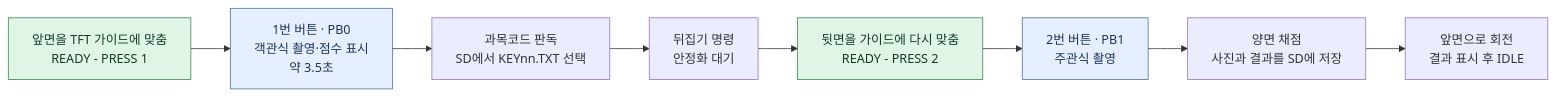
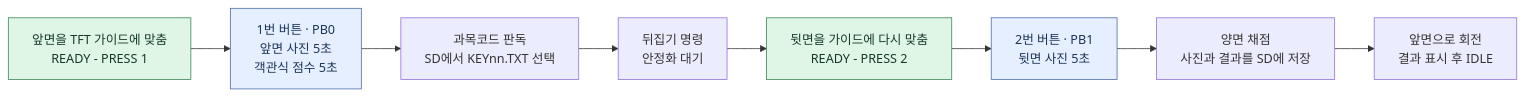
Before and after one commit to yumyum1215/26SoC_Term_Project_OMR_Reader: the diagram in README.md, drawn with Mermaid. The commit also changed 3 other files, not shown here.

````diff
--- a/README.md
+++ b/README.md
@@ -7,16 +7,16 @@
 ```mermaid
 flowchart LR
     A["앞면을 TFT 가이드에 맞춤<br/>READY - PRESS 1"]
-    B["1번 버튼 · PB0<br/>객관식 촬영·점수 표시<br/>약 3.5초"]
+    B["1번 버튼 · PB0<br/>앞면 사진 5초<br/>객관식 점수 5초"]
     K["과목코드 판독<br/>SD에서 KEYnn.TXT 선택"]
     C["뒤집기 명령<br/>안정화 대기"]
     D["뒷면을 가이드에 다시 맞춤<br/>READY - PRESS 2"]
-    E["2번 버튼 · PB1<br/>주관식 촬영"]
+    E["2번 버튼 · PB1<br/>뒷면 사진 5초"]
     F["양면 채점<br/>사진과 결과를 SD에 저장"]
     G["앞면으로 회전<br/>결과 표시 후 IDLE"]
     A --> B --> K --> C --> D --> E --> F --> G
     classDef ready fill:#dff6e7,stroke:#3b8557,color:#163926
     classDef capture fill:#e6efff,stroke:#4b6fa8,color:#1c3458
     class A,D ready
     class B,E capture
 ```
````
